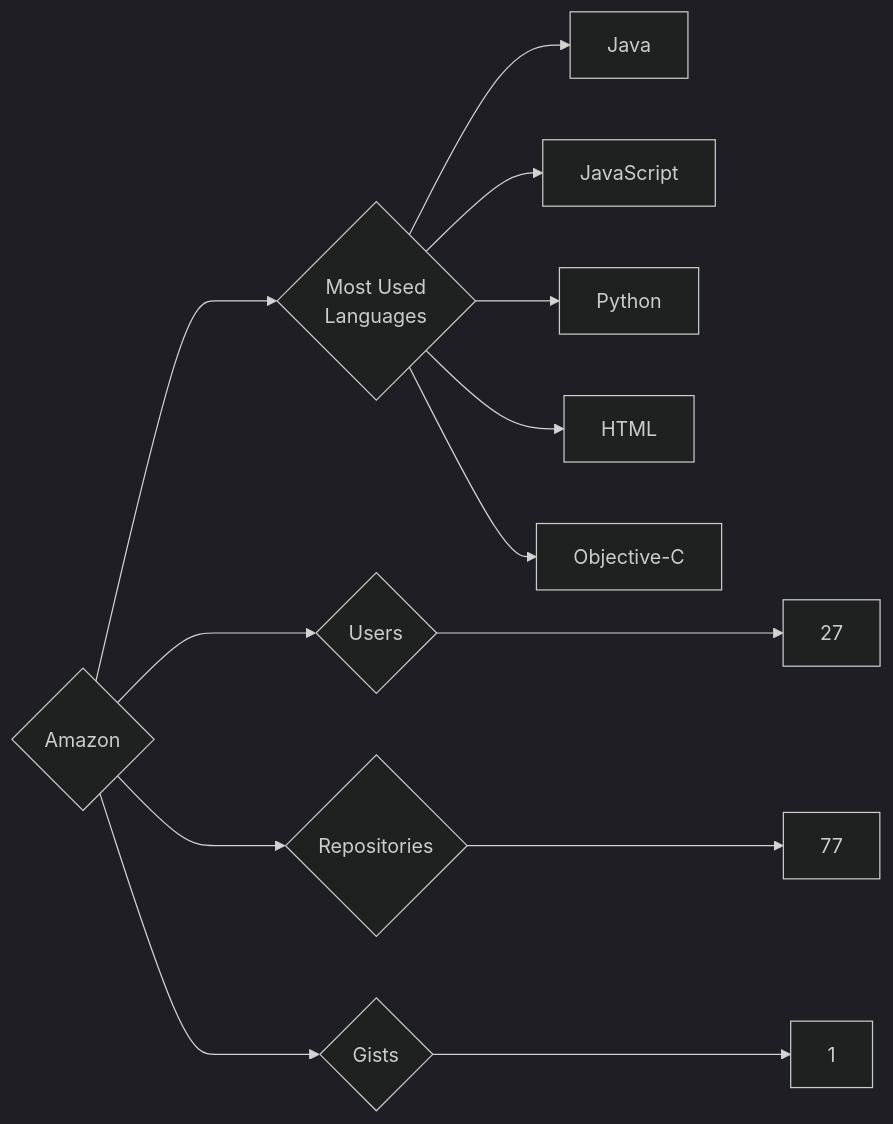
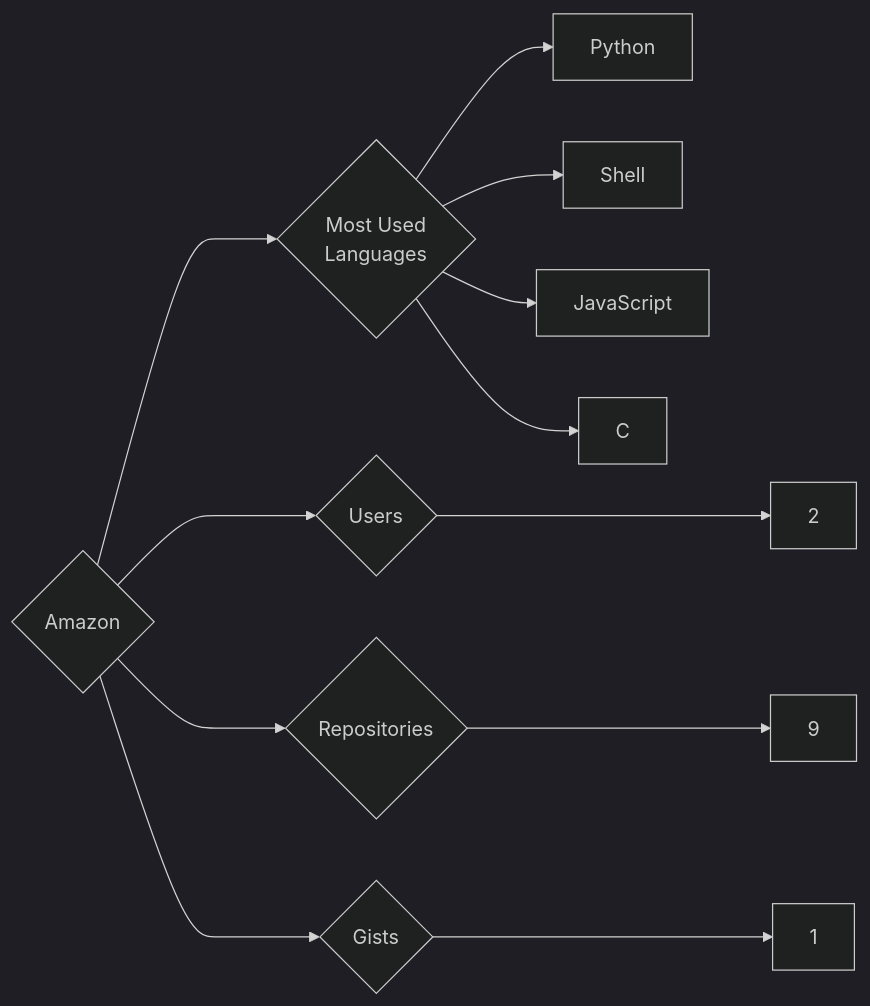
The diagram in targets/Amazon/README.md (trickest/insiders), drawn with Mermaid (dark theme) before and after one commit. The commit also changed 757 other files, not shown here.

````diff
--- a/targets/Amazon/README.md
+++ b/targets/Amazon/README.md
@@ -3,13 +3,12 @@
 ```mermaid
 graph LR
 COMPANY_NAME{Amazon}
-COMPANY_NAME ---> U{Users} ---> UN[27]
-COMPANY_NAME ---> R{Repositories} ---> RN[77]
+COMPANY_NAME ---> U{Users} ---> UN[2]
+COMPANY_NAME ---> R{Repositories} ---> RN[9]
 COMPANY_NAME ---> G{Gists} ---> GN[1]
 COMPANY_NAME ---> ML{Most Used<br>Languages}
-ML --> Java[Java]
+ML --> Python[Python]
+ML --> Shell[Shell]
 ML --> JavaScript[JavaScript]
-ML --> Python[Python]
-ML --> HTML[HTML]
-ML --> Objective-C[Objective-C]
+ML --> C[C]
 ```
````
